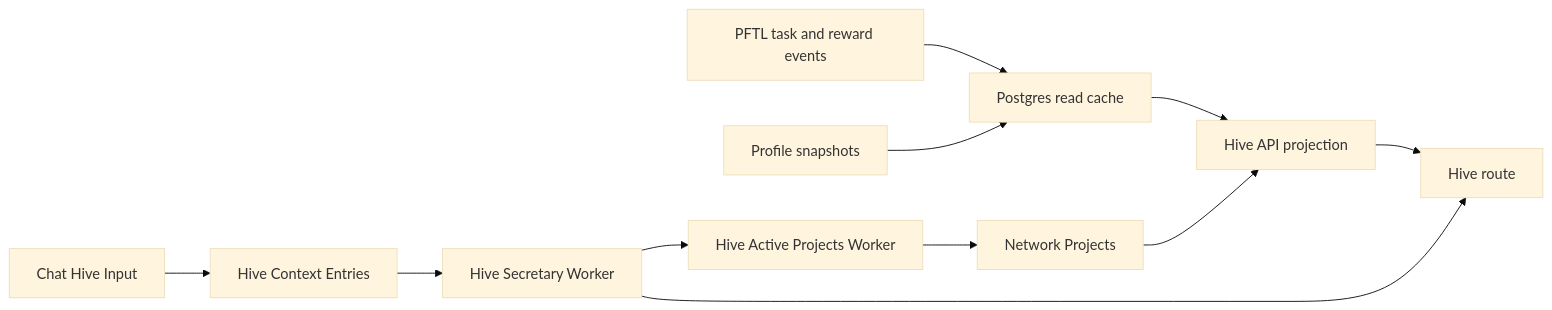
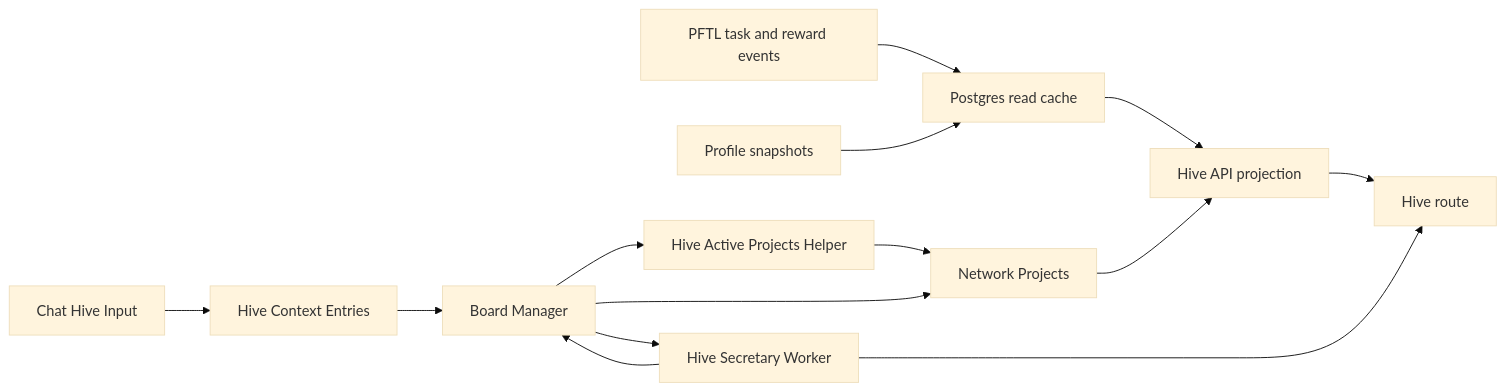
Before and after one commit to postfiatorg/tasknode: the diagram in docs/wiki/surfaces/hive.md, drawn with Mermaid (base theme). The commit also changed other lines of this file and 6 other files, not shown here.

Commit message:
Center Hive planning on Board Manager

````diff
--- a/docs/wiki/surfaces/hive.md
+++ b/docs/wiki/surfaces/hive.md
@@ -130,13 +158,16 @@
 ```mermaid
 flowchart LR
   PFTL[PFTL task and reward events] --> Cache[Postgres read cache]
   Profiles[Profile snapshots] --> Cache
   Cache --> HiveAPI[Hive API projection]
   HiveAPI --> HiveUI[Hive route]
   HiveInput[Chat Hive Input] --> HiveContext[Hive Context Entries]
-  HiveContext --> Secretary[Hive Secretary Worker]
-  Secretary --> ProjectPlanner[Hive Active Projects Worker]
+  HiveContext --> Manager[Board Manager]
+  Secretary[Hive Secretary Worker] --> Manager
+  Manager --> Secretary
+  Manager --> ProjectPlanner[Hive Active Projects Helper]
   ProjectPlanner --> Projects[Network Projects]
+  Manager --> Projects
   Projects --> HiveAPI
   Secretary --> HiveUI
 ```
````
